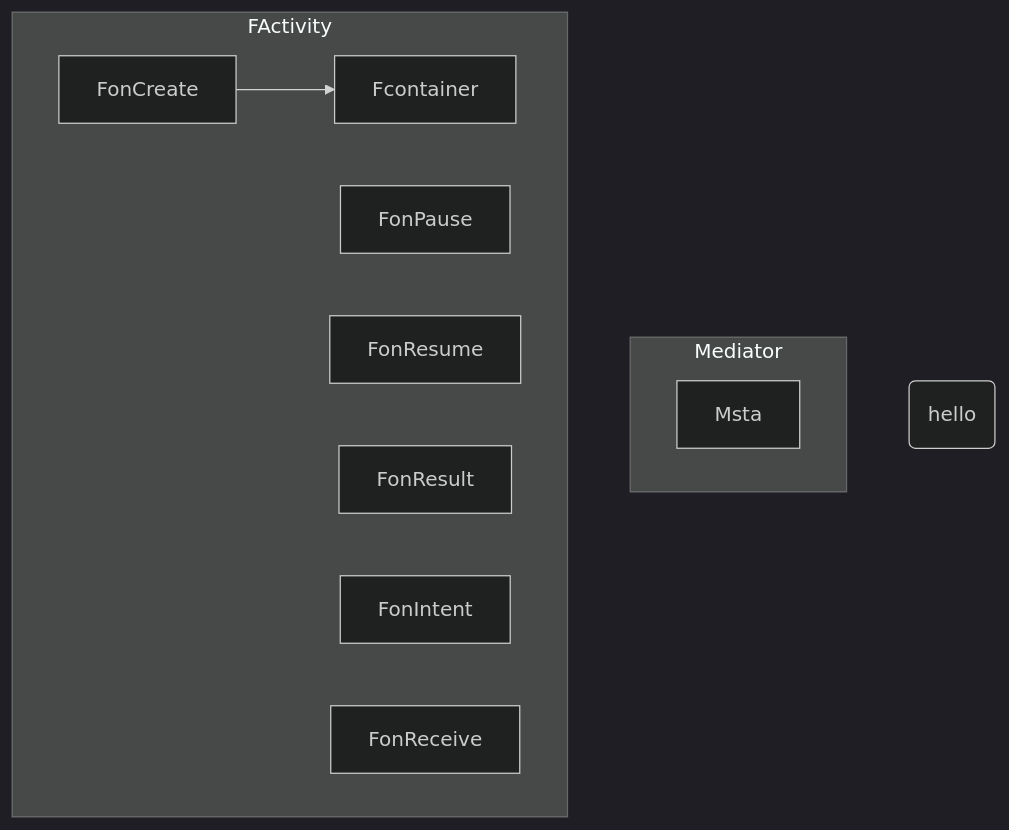
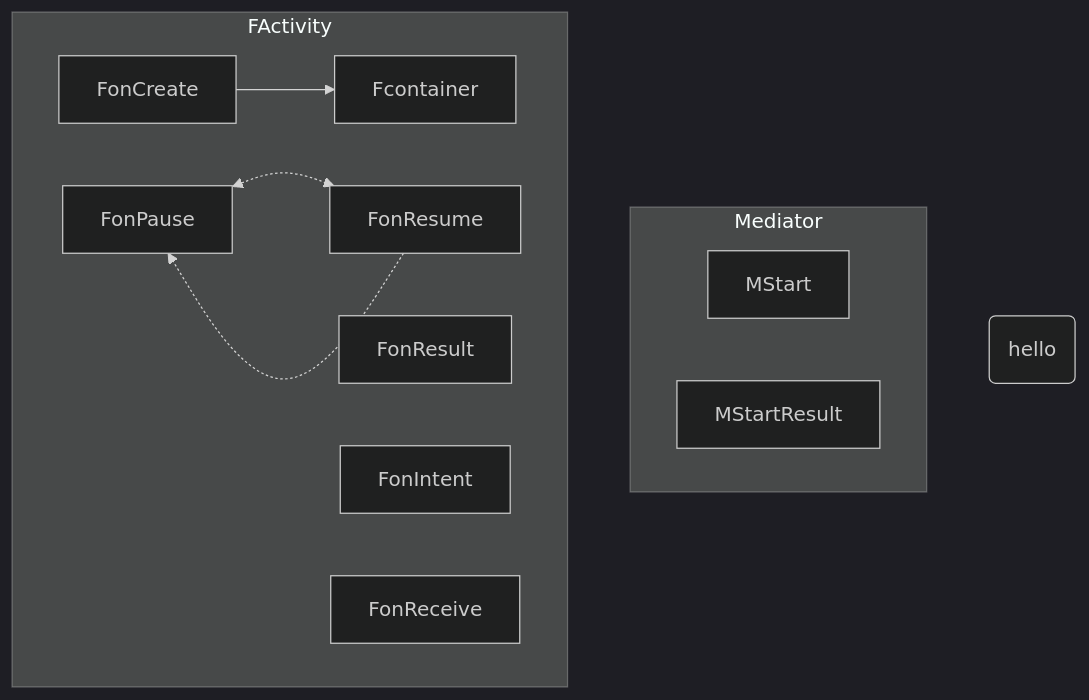
Before and after one commit to gordianknotC/nxp_note: the diagram in flutter/addActivityResultListener.md, drawn with Mermaid (dark theme). The commit also changed other lines of this file, not shown here.

Commit message:
flutter/addActivityResultListener.md updated from https://stackedit.io/

````diff
--- a/flutter/addActivityResultListener.md
+++ b/flutter/addActivityResultListener.md
@@ -11,19 +11,22 @@
 ```mermaid
 graph TB
 	S(hello)
 	subgraph Mediator
-		Msta
+		MStart
+		MStartResult
 	end
 	subgraph FActivity
 		FonCreate
 		FonPause 
 		FonResume 
 		FonResult 
 		FonIntent 
 		FonReceive 
 		FonCreate --> Fcontainer
+		FonPause <-.-> FonResume
+		FonResume -.-> FonPause
 		Fcontainer
 	end
 
 
 ```
````
